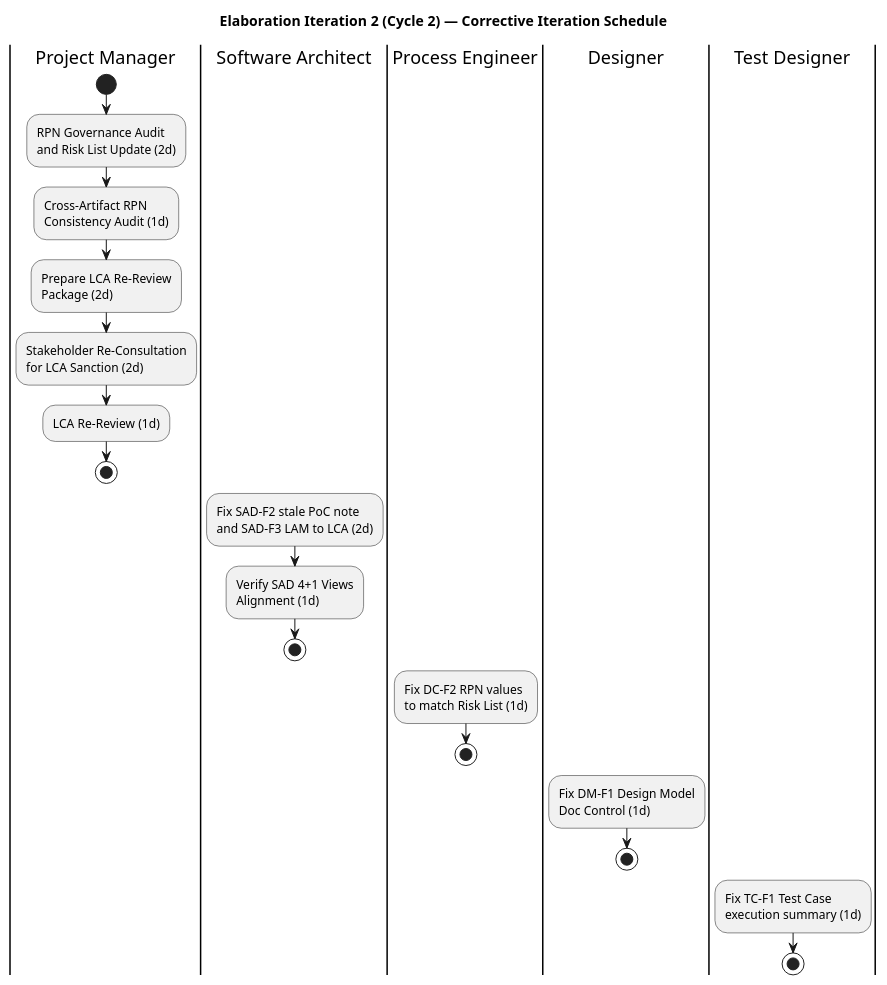
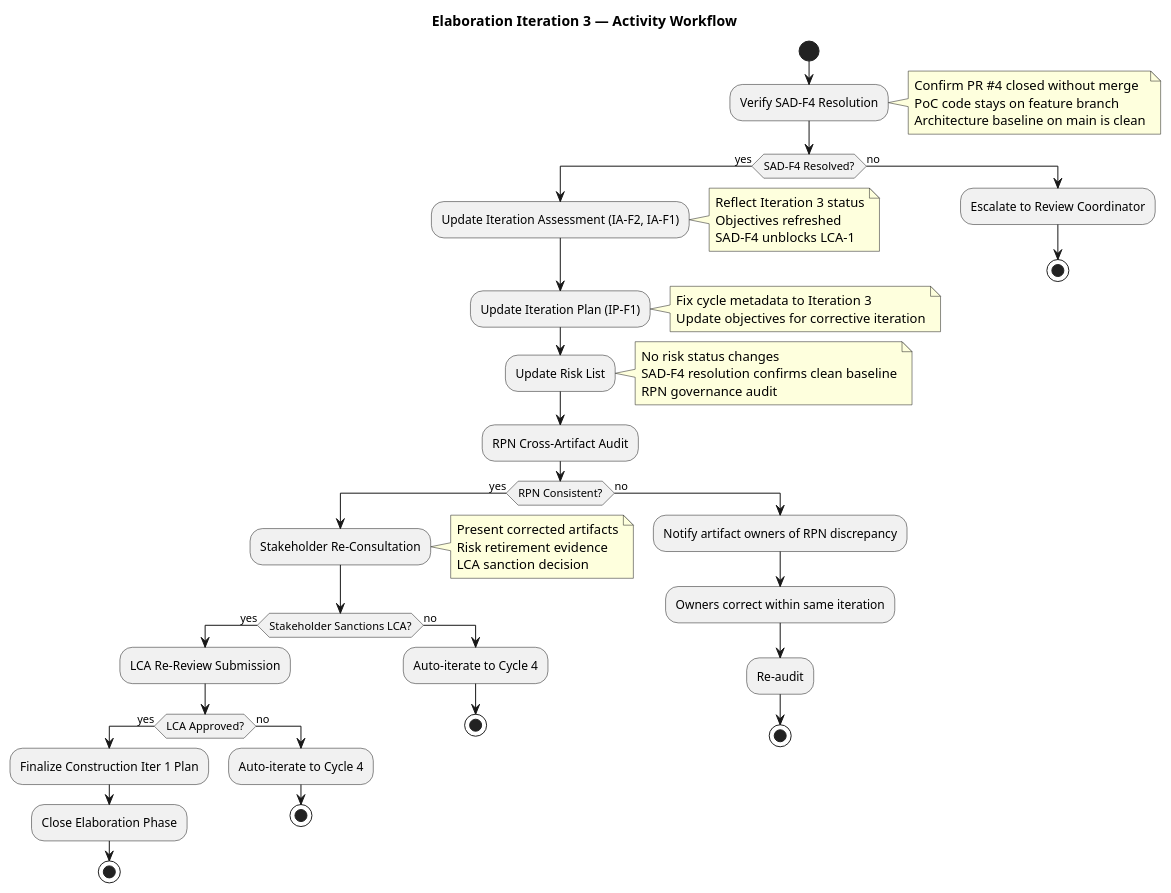
One commit to banense-test/demo-janke-lab changed the second of 2 diagrams in docs/artifacts/project-management/iteration-plan.md. Above: the diagram before and after it, drawn with PlantUML. The commit also changed other lines of this file, not shown here.

First line of the commit message:
Project Manager [E3]: upsert Iteration Plan

````diff
--- a/docs/artifacts/project-management/iteration-plan.md
+++ b/docs/artifacts/project-management/iteration-plan.md
@@ -124,32 +90,44 @@
 ```plantuml
 @startuml
-title Elaboration Iteration 2 (Cycle 2) — Corrective Iteration Schedule
+title Elaboration Iteration 3 — Activity Workflow
 
-|Project Manager|
 start
-:RPN Governance Audit\nand Risk List Update (2d);
-:Cross-Artifact RPN\nConsistency Audit (1d);
-:Prepare LCA Re-Review\nPackage (2d);
-:Stakeholder Re-Consultation\nfor LCA Sanction (2d);
-:LCA Re-Review (1d);
-stop
-
-|Software Architect|
-:Fix SAD-F2 stale PoC note\nand SAD-F3 LAM to LCA (2d);
-:Verify SAD 4+1 Views\nAlignment (1d);
-stop
-
-|Process Engineer|
-:Fix DC-F2 RPN values\nto match Risk List (1d);
-stop
-
-|Designer|
-:Fix DM-F1 Design Model\nDoc Control (1d);
-stop
-
-|Test Designer|
-:Fix TC-F1 Test Case\nexecution summary (1d);
-stop
-
+:Verify SAD-F4 Resolution;
+note right: Confirm PR #4 closed without merge\nPoC code stays on feature branch\nArchitecture baseline on main is clean
+if (SAD-F4 Resolved?) then (yes)
+  :Update Iteration Assessment (IA-F2, IA-F1);
+  note right: Reflect Iteration 3 status\nObjectives refreshed\nSAD-F4 unblocks LCA-1
+  :Update Iteration Plan (IP-F1);
+  note right: Fix cycle metadata to Iteration 3\nUpdate objectives for corrective iteration
+  :Update Risk List;
+  note right: No risk status changes\nSAD-F4 resolution confirms clean baseline\nRPN governance audit
+  :RPN Cross-Artifact Audit;
+  if (RPN Consistent?) then (yes)
+    :Stakeholder Re-Consultation;
+    note right: Present corrected artifacts\nRisk retirement evidence\nLCA sanction decision
+    if (Stakeholder Sanctions LCA?) then (yes)
+      :LCA Re-Review Submission;
+      if (LCA Approved?) then (yes)
+        :Finalize Construction Iter 1 Plan;
+        :Close Elaboration Phase;
+        stop
+      else (no)
+        :Auto-iterate to Cycle 4;
+        stop
+      endif
+    else (no)
+      :Auto-iterate to Cycle 4;
+      stop
+    endif
+  else (no)
+    :Notify artifact owners of RPN discrepancy;
+    :Owners correct within same iteration;
+    :Re-audit;
+    stop
+  endif
+else (no)
+  :Escalate to Review Coordinator;
+  stop
+endif
 @enduml
 ```
````
